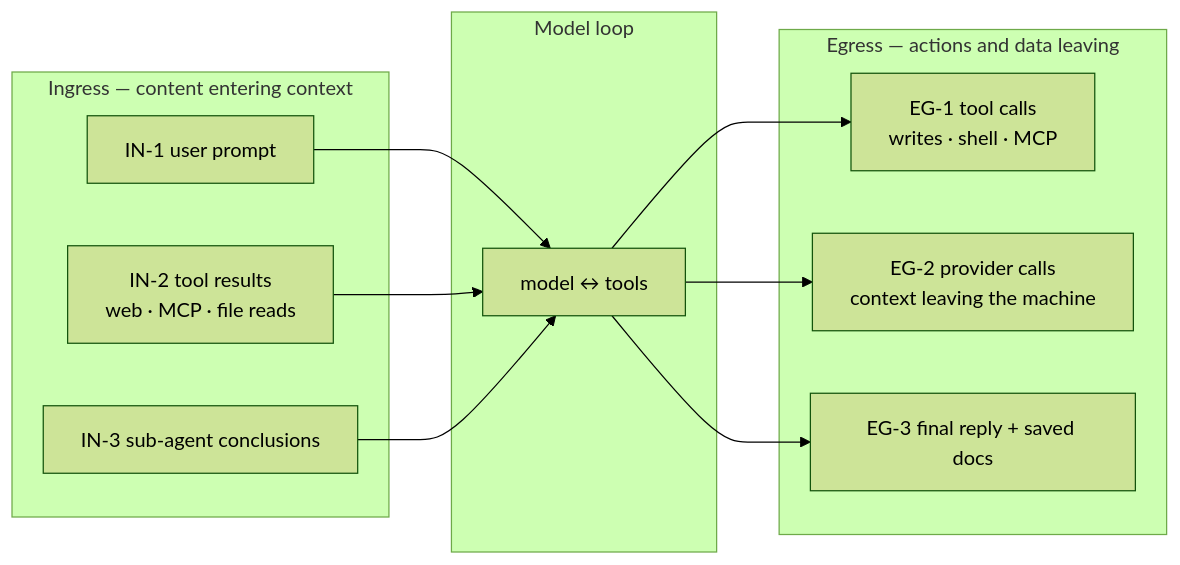
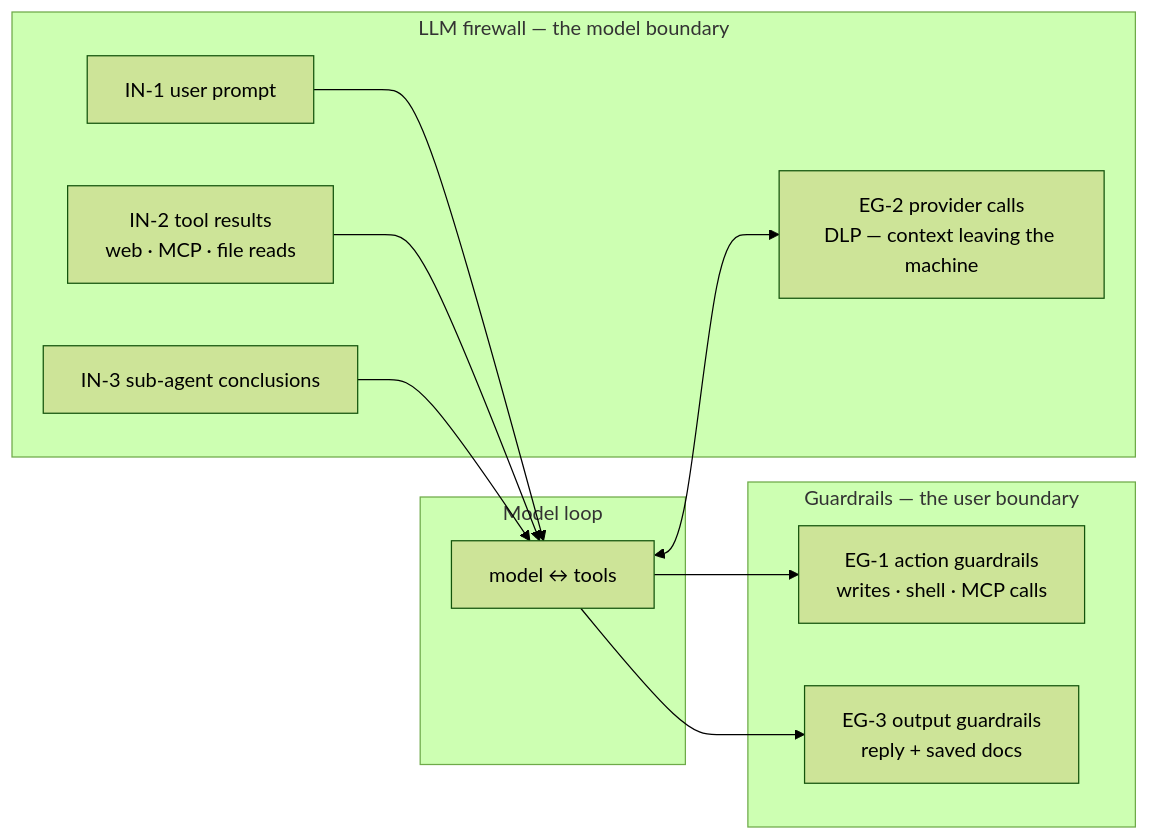
One commit to coretez/agnostic-chat changed the second of 4 diagrams in docs/HARNESS_FLOW.md. Above: the diagram before and after it, drawn with Mermaid (forest theme). The commit also changed other lines of this file and 1 other file, not shown here.

Commit message:
Spec the next rings: O16-O25 — orchestration merge contracts, guard chain (LLM firewall + guardrails), group proxy, shared policy bundles, and the documents harness

````diff
--- a/docs/HARNESS_FLOW.md
+++ b/docs/HARNESS_FLOW.md
@@ -193,22 +216,22 @@
 ```mermaid
 flowchart LR
-    subgraph ingress [Ingress — content entering context]
+    subgraph fw [LLM firewall — the model boundary]
         IN1[IN-1 user prompt]
         IN2[IN-2 tool results<br/>web · MCP · file reads]
         IN3[IN-3 sub-agent conclusions]
+        EG2[EG-2 provider calls<br/>DLP — context leaving the machine]
     end
     subgraph core [Model loop]
         M[model ↔ tools]
     end
-    subgraph egress [Egress — actions and data leaving]
-        EG1[EG-1 tool calls<br/>writes · shell · MCP]
-        EG2[EG-2 provider calls<br/>context leaving the machine]
-        EG3[EG-3 final reply + saved docs]
+    subgraph gr [Guardrails — the user boundary]
+        EG1[EG-1 action guardrails<br/>writes · shell · MCP calls]
+        EG3[EG-3 output guardrails<br/>reply + saved docs]
     end
     IN1 --> M
     IN2 --> M
     IN3 --> M
+    M <--> EG2
     M --> EG1
-    M --> EG2
     M --> EG3
 ```
````
